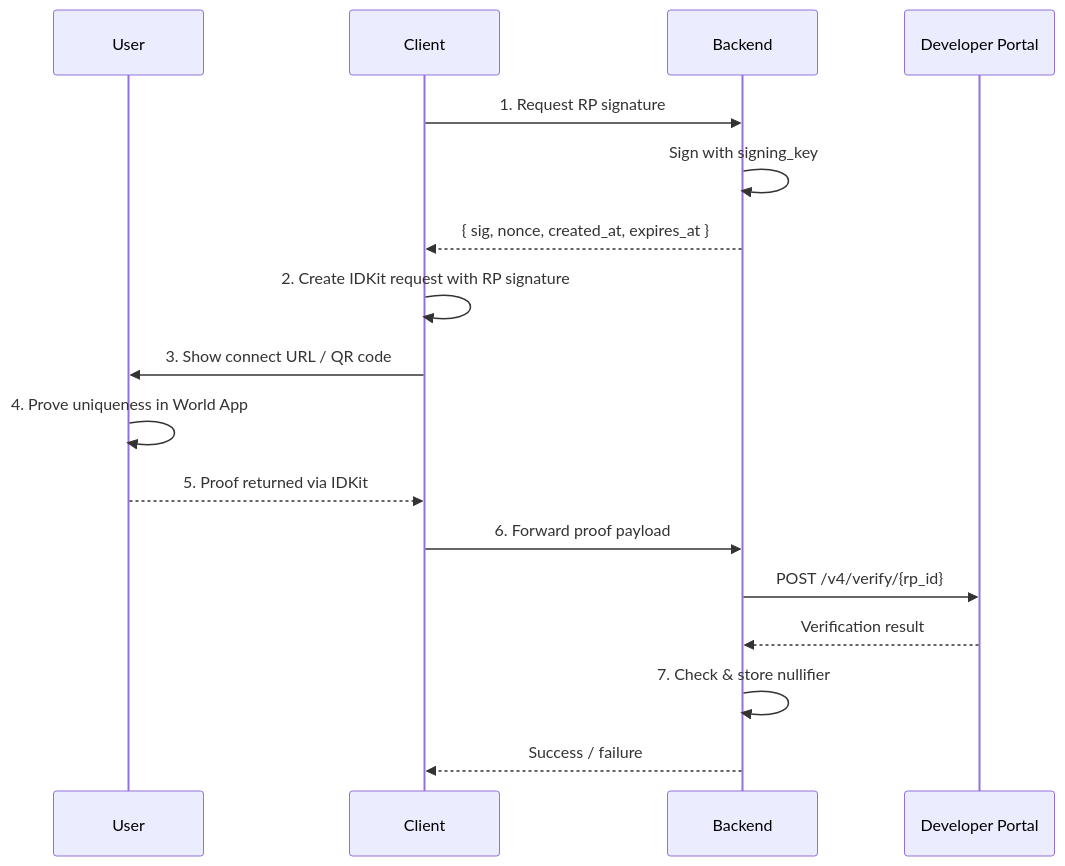
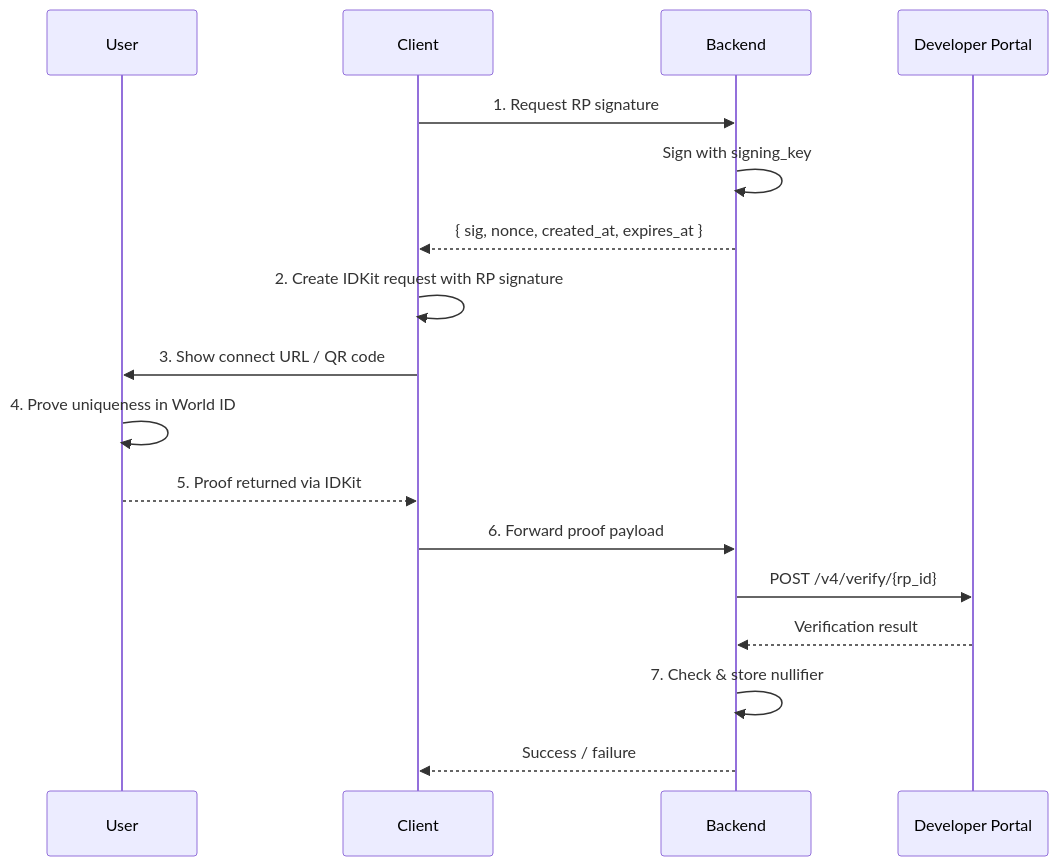
One commit to worldcoin/developer-docs changed the diagram in world-id/idkit/integrate.mdx. Above: the diagram before and after it, drawn with Mermaid. The commit also changed other lines of this file and 9 other files, not shown here.

Commit message:
[world id] - switch to World ID instead of World App (#140)

````diff
--- a/world-id/idkit/integrate.mdx
+++ b/world-id/idkit/integrate.mdx
@@ -363,23 +363,23 @@
 ```mermaid
 sequenceDiagram
     participant User
     participant Client
     participant Backend
     participant Portal as Developer Portal
 
     Client->>Backend: 1. Request RP signature
     Backend->>Backend: Sign with signing_key
     Backend-->>Client: { sig, nonce, created_at, expires_at }
 
     Client->>Client: 2. Create IDKit request with RP signature
     Client->>User: 3. Show connect URL / QR code
-    User->>User: 4. Prove uniqueness in World App
+    User->>User: 4. Prove uniqueness in World ID
 
     User-->>Client: 5. Proof returned via IDKit
 
     Client->>Backend: 6. Forward proof payload
     Backend->>Portal: POST /v4/verify/{rp_id}
     Portal-->>Backend: Verification result
     Backend->>Backend: 7. Check & store nullifier
     Backend-->>Client: Success / failure
 ```
````
